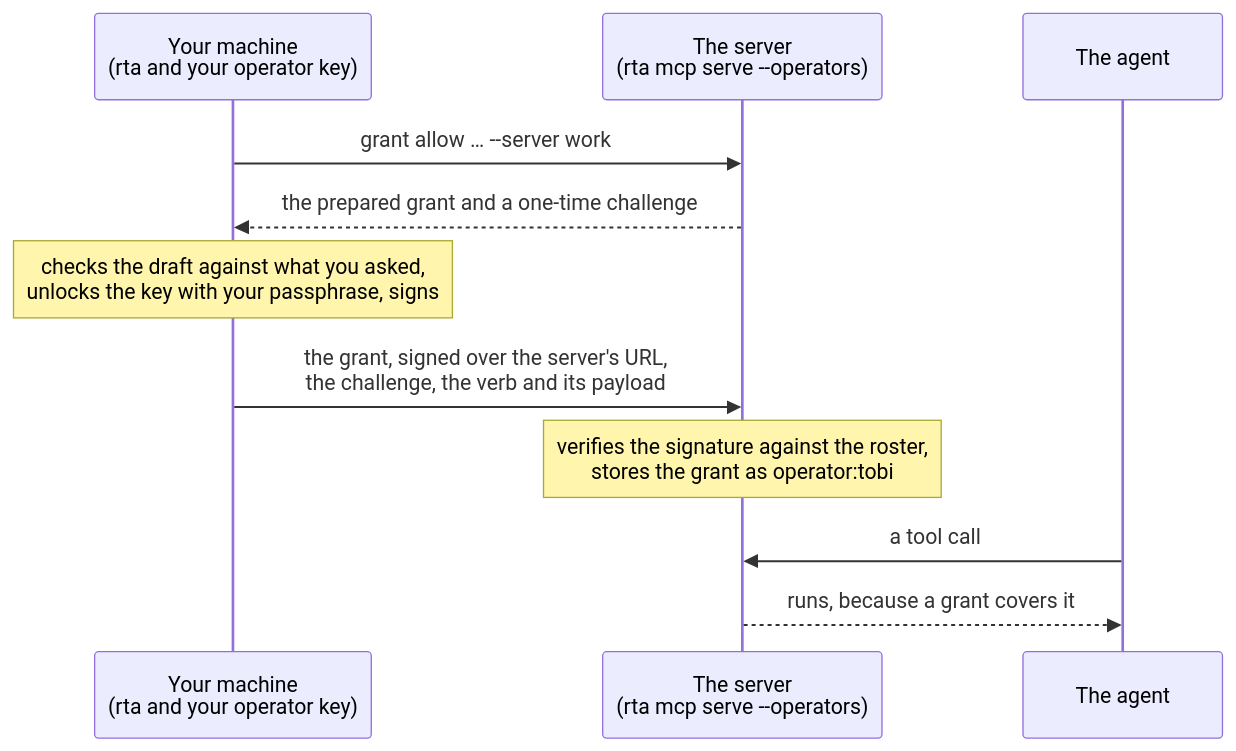
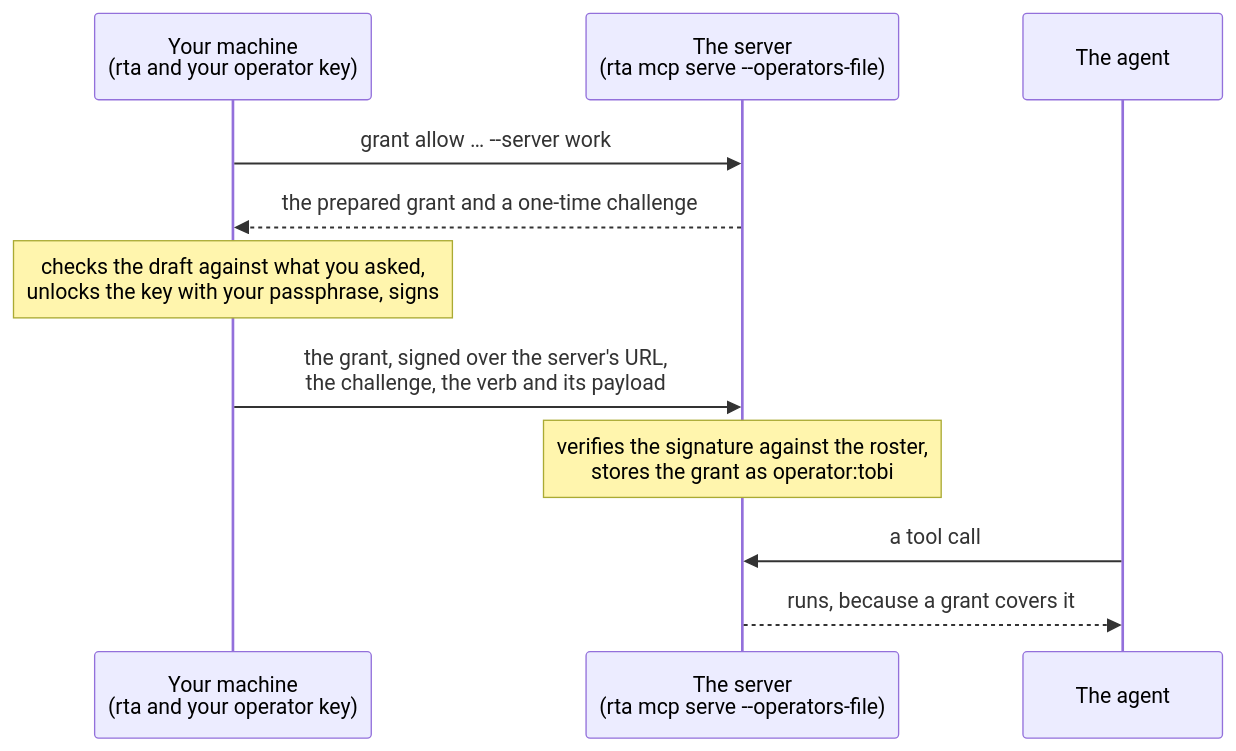
One commit to this-is-tobi/rta changed the diagram in docs/30-boundary/66-operators.md. Above: the diagram before and after it, drawn with Mermaid. The commit also changed other lines of this file and 36 other files, not shown here.

First line of the commit message:
feat!: a flag says what it takes: --operators-file, --with, and a wait in rta's grammar

````diff
--- a/docs/30-boundary/66-operators.md
+++ b/docs/30-boundary/66-operators.md
@@ -43,13 +43,13 @@
 ```mermaid
 sequenceDiagram
     participant You as Your machine<br/>(rta and your operator key)
-    participant Srv as The server<br/>(rta mcp serve --operators)
+    participant Srv as The server<br/>(rta mcp serve --operators-file)
     participant Ag as The agent
     You->>Srv: grant allow … --server work
     Srv-->>You: the prepared grant and a one-time challenge
     Note over You: checks the draft against what you asked,<br/>unlocks the key with your passphrase, signs
     You->>Srv: the grant, signed over the server's URL,<br/>the challenge, the verb and its payload
     Note over Srv: verifies the signature against the roster,<br/>stores the grant as operator:tobi
     Ag->>Srv: a tool call
     Srv-->>Ag: runs, because a grant covers it
 ```
````
